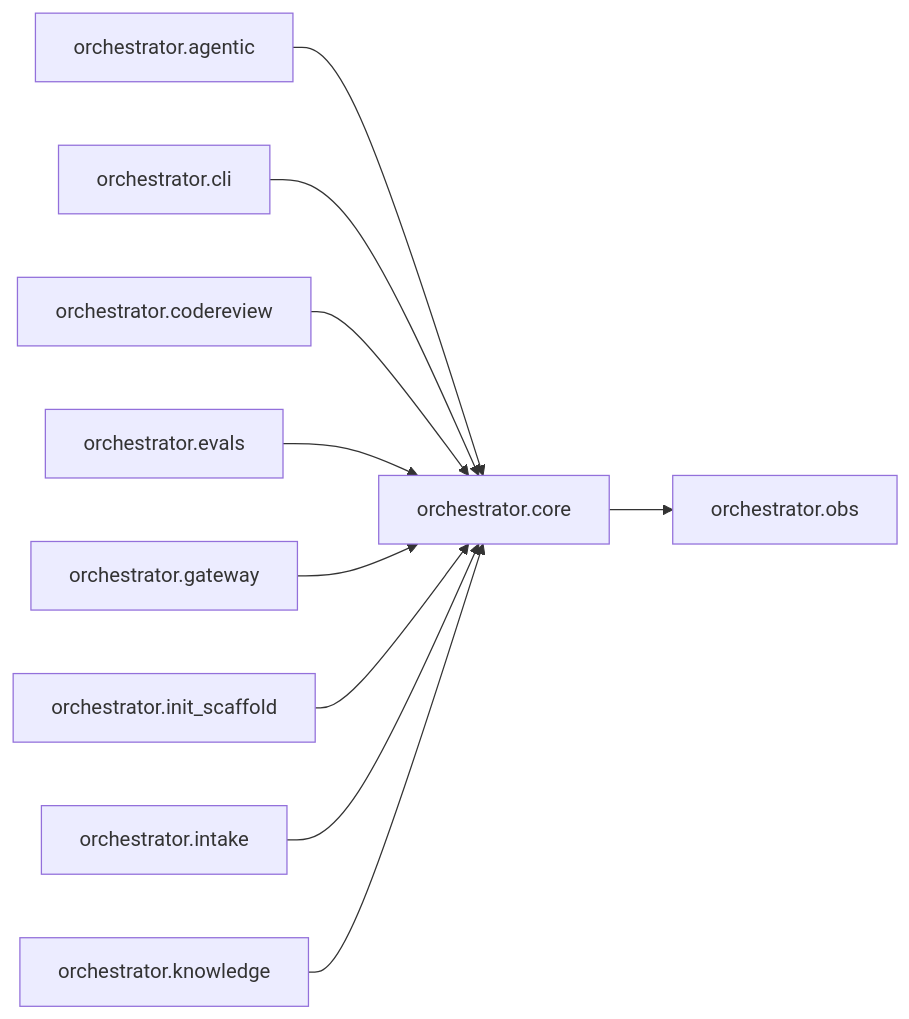
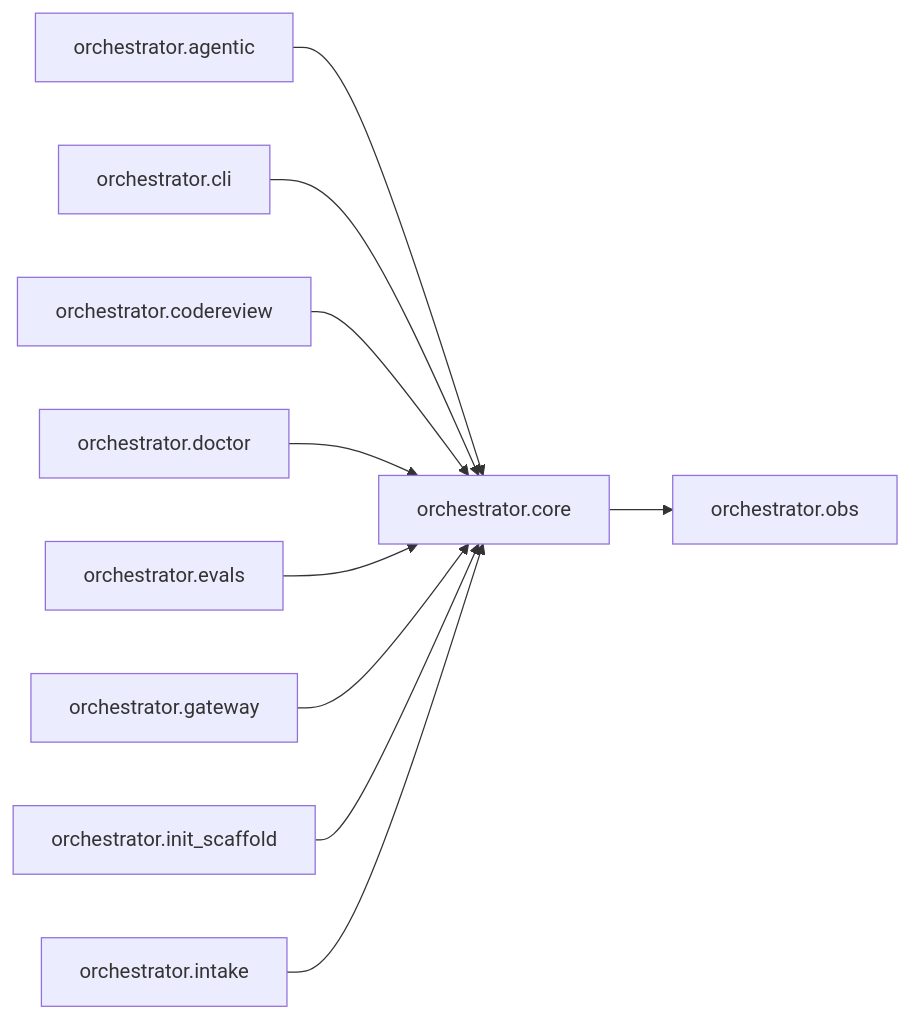
One commit to synaptixs/spine changed the diagram in episteme/areas/orchestrator.core.md. Above: the diagram before and after it, drawn with Mermaid. The commit also changed other lines of this file and 24 other files, not shown here.

````diff
--- a/episteme/areas/orchestrator.core.md
+++ b/episteme/areas/orchestrator.core.md
@@ -8,22 +8,22 @@
 ```mermaid
 flowchart LR
   n0["orchestrator.core"]
   n1["orchestrator.agentic"]
   n2["orchestrator.cli"]
   n3["orchestrator.codereview"]
-  n4["orchestrator.evals"]
-  n5["orchestrator.gateway"]
-  n6["orchestrator.init_scaffold"]
-  n7["orchestrator.intake"]
-  n8["orchestrator.knowledge"]
+  n4["orchestrator.doctor"]
+  n5["orchestrator.evals"]
+  n6["orchestrator.gateway"]
+  n7["orchestrator.init_scaffold"]
+  n8["orchestrator.intake"]
   n9["orchestrator.obs"]
   n1 --> n0
   n2 --> n0
   n3 --> n0
   n4 --> n0
   n5 --> n0
   n6 --> n0
   n7 --> n0
   n8 --> n0
   n0 --> n9
 ```
````
